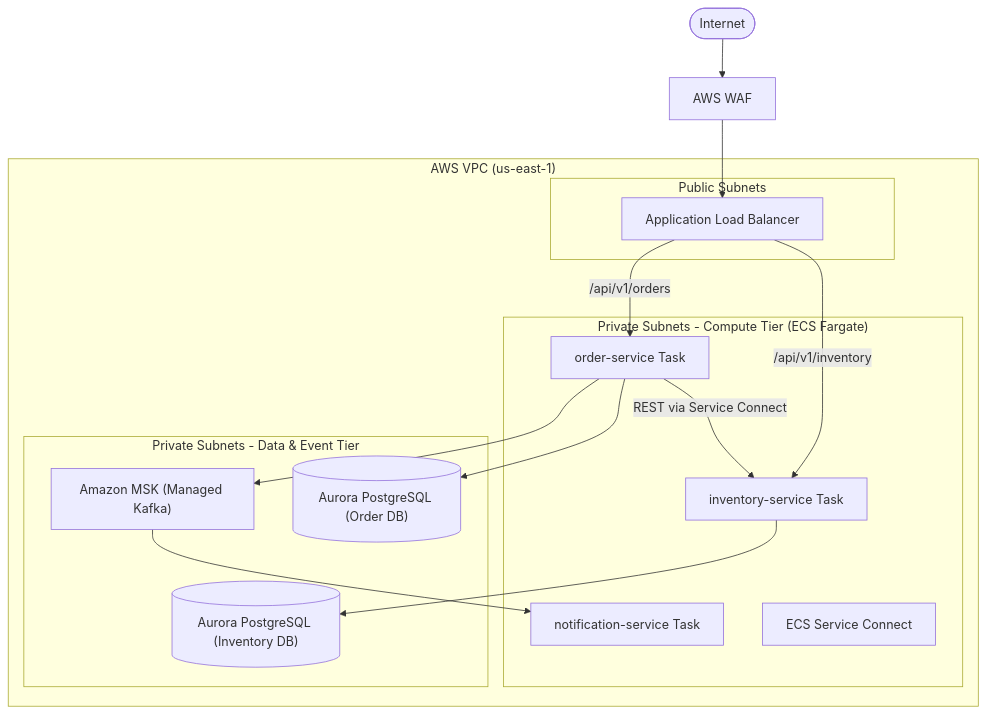
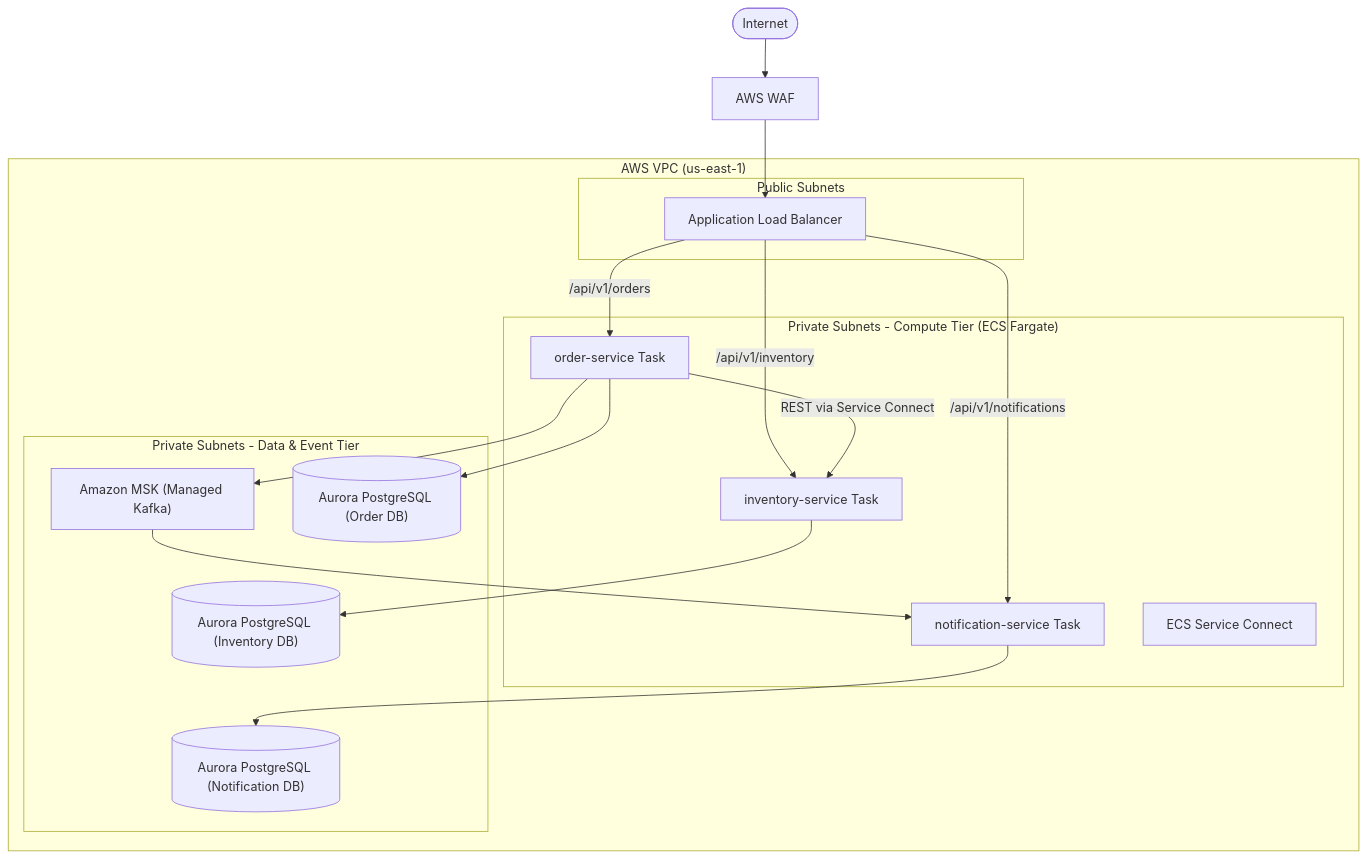
One commit to soniaGarcia/orderinvent-platform changed the third of 4 diagrams in docs/architecture.md. Above: the diagram before and after it, drawn with Mermaid. The commit also changed other lines of this file and 3 other files, not shown here.

````diff
--- a/docs/architecture.md
+++ b/docs/architecture.md
@@ -92,32 +94,35 @@
 ```mermaid
 graph TD
     Client(["Internet"]) --> WAF["AWS WAF"]
     WAF --> ALB["Application Load Balancer"]
 
     subgraph VPC ["AWS VPC (us-east-1)"]
         subgraph PublicSubnets ["Public Subnets"]
             ALB
         end
 
         subgraph AppTier ["Private Subnets - Compute Tier (ECS Fargate)"]
             OrderTask["order-service Task"]
             InvTask["inventory-service Task"]
             NotifTask["notification-service Task"]
             SvcConnect["ECS Service Connect"]
         end
 
         subgraph DataTier ["Private Subnets - Data & Event Tier"]
             MSK["Amazon MSK (Managed Kafka)"]
             DB_Order[("Aurora PostgreSQL (Order DB)")]
             DB_Inv[("Aurora PostgreSQL (Inventory DB)")]
+            DB_Notif[("Aurora PostgreSQL (Notification DB)")]
         end
     end
 
     ALB -->|"/api/v1/orders"| OrderTask
     ALB -->|"/api/v1/inventory"| InvTask
+    ALB -->|"/api/v1/notifications"| NotifTask
     OrderTask -->|"REST via Service Connect"| InvTask
     OrderTask --> DB_Order
     InvTask --> DB_Inv
+    NotifTask --> DB_Notif
     OrderTask --> MSK
     MSK --> NotifTask
 ```
````
